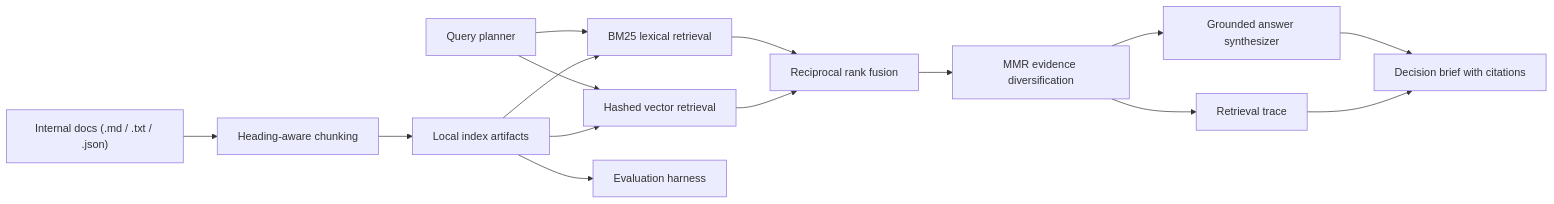
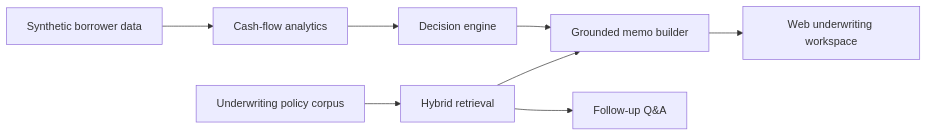
Before and after one commit to furzing/Northstar-Risk-Desk: the diagram in README.md, drawn with Mermaid. The commit also changed other lines of this file and 25 other files, not shown here.

````diff
--- a/README.md
+++ b/README.md
@@ -29,17 +17,10 @@
 ```mermaid
 flowchart LR
-    A["Internal docs (.md / .txt / .json)"] --> B["Heading-aware chunking"]
-    B --> C["Local index artifacts"]
-    F["Query planner"] --> D["BM25 lexical retrieval"]
-    F --> E["Hashed vector retrieval"]
-    C --> D
-    C --> E
-    D --> G["Reciprocal rank fusion"]
-    E --> G
-    G --> H["MMR evidence diversification"]
-    H --> I["Grounded answer synthesizer"]
-    H --> J["Retrieval trace"]
-    I --> K["Decision brief with citations"]
-    J --> K
-    C --> L["Evaluation harness"]
+    A["Synthetic borrower data"] --> B["Cash-flow analytics"]
+    C["Underwriting policy corpus"] --> D["Hybrid retrieval"]
+    B --> E["Decision engine"]
+    D --> F["Grounded memo builder"]
+    E --> F
+    F --> G["Web underwriting workspace"]
+    D --> H["Follow-up Q&A"]
 ```
````
